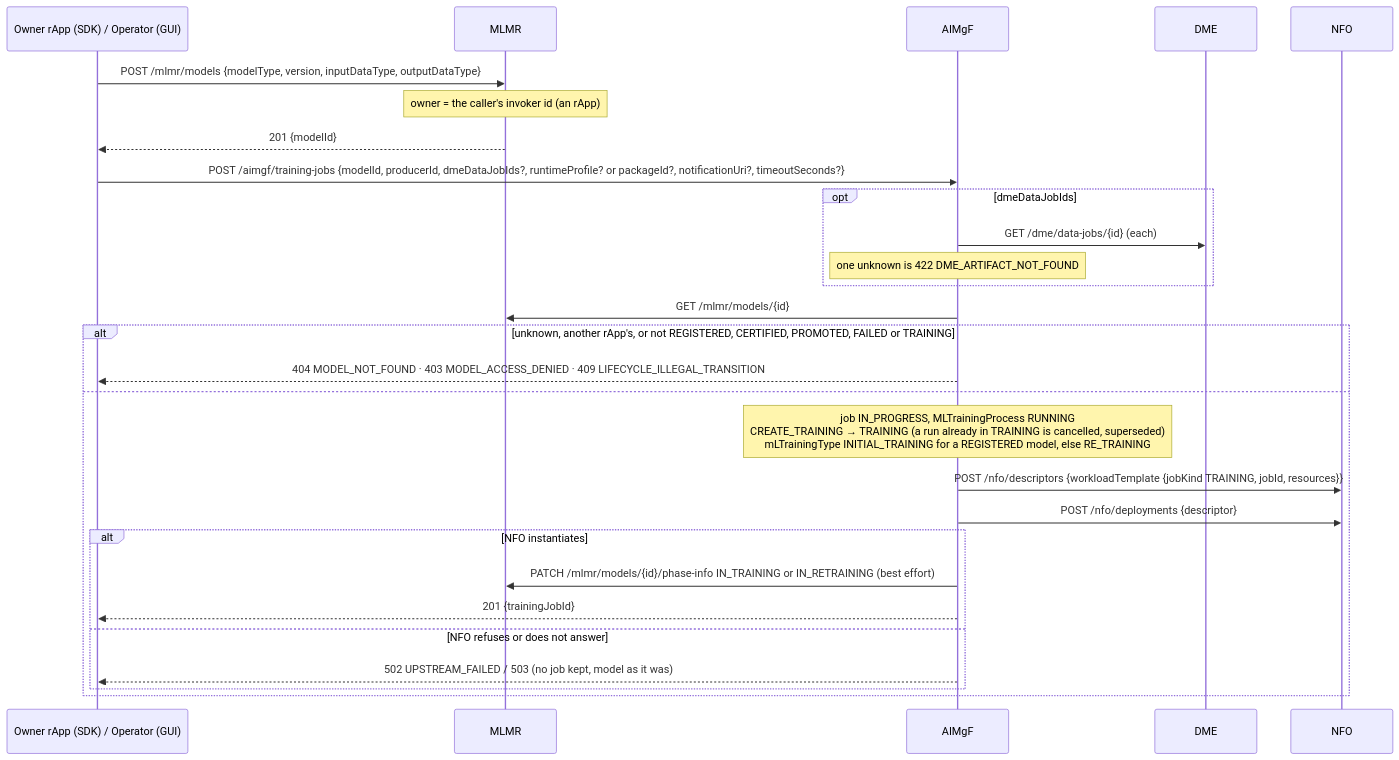
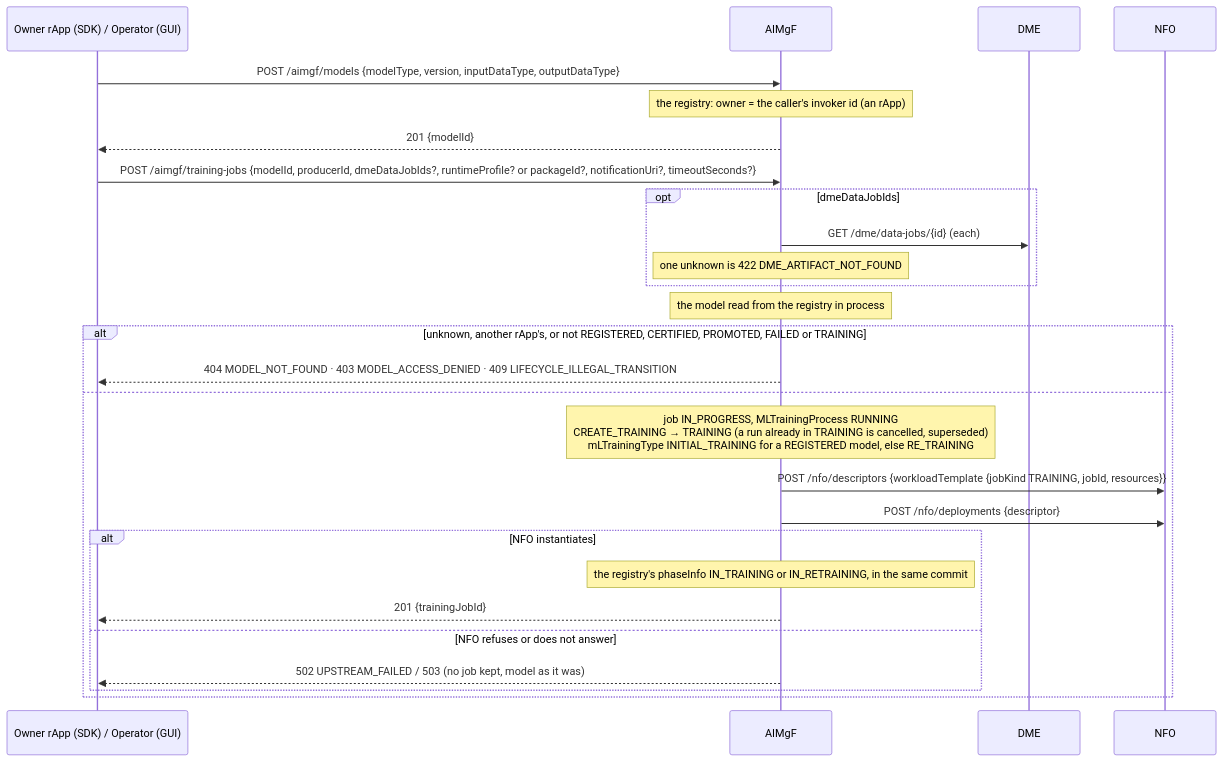
One commit to rsys-bshankar/ai-ran-smo changed the first of 7 diagrams in smo/docs/call-flows/02-aiml-model-train-to-inference.md. Above: the diagram before and after it, drawn with Mermaid. The commit also changed other lines of this file and 265 other files, not shown here.

First line of the commit message:
Every caller on /aimgf; MLMR and MLLF removed (S2.4, S2.8, S2.9) (#569)

````diff
--- a/smo/docs/call-flows/02-aiml-model-train-to-inference.md
+++ b/smo/docs/call-flows/02-aiml-model-train-to-inference.md
@@ -62,32 +61,31 @@
 ```mermaid
 sequenceDiagram
     participant R as Owner rApp (SDK) / Operator (GUI)
-    participant MLMR as MLMR
     participant AIM as AIMgF
     participant DME as DME
     participant NFO as NFO
 
-    R->>MLMR: POST /mlmr/models {modelType, version, inputDataType, outputDataType}
-    Note over MLMR: owner = the caller's invoker id (an rApp)
-    MLMR-->>R: 201 {modelId}
+    R->>AIM: POST /aimgf/models {modelType, version, inputDataType, outputDataType}
+    Note over AIM: the registry: owner = the caller's invoker id (an rApp)
+    AIM-->>R: 201 {modelId}
 
     R->>AIM: POST /aimgf/training-jobs {modelId, producerId, dmeDataJobIds?, runtimeProfile? or packageId?, notificationUri?, timeoutSeconds?}
     opt dmeDataJobIds
         AIM->>DME: GET /dme/data-jobs/{id} (each)
         Note over AIM: one unknown is 422 DME_ARTIFACT_NOT_FOUND
     end
-    AIM->>MLMR: GET /mlmr/models/{id}
+    Note over AIM: the model read from the registry in process
     alt unknown, another rApp's, or not REGISTERED, CERTIFIED, PROMOTED, FAILED or TRAINING
         AIM-->>R: 404 MODEL_NOT_FOUND · 403 MODEL_ACCESS_DENIED · 409 LIFECYCLE_ILLEGAL_TRANSITION
     else
         Note over AIM: job IN_PROGRESS, MLTrainingProcess RUNNING<br/>CREATE_TRAINING → TRAINING (a run already in TRAINING is cancelled, superseded)<br/>mLTrainingType INITIAL_TRAINING for a REGISTERED model, else RE_TRAINING
         AIM->>NFO: POST /nfo/descriptors {workloadTemplate {jobKind TRAINING, jobId, resources}}
         AIM->>NFO: POST /nfo/deployments {descriptor}
         alt NFO instantiates
-            AIM->>MLMR: PATCH /mlmr/models/{id}/phase-info IN_TRAINING or IN_RETRAINING (best effort)
+            Note over AIM: the registry's phaseInfo IN_TRAINING or IN_RETRAINING, in the same commit
             AIM-->>R: 201 {trainingJobId}
         else NFO refuses or does not answer
             AIM-->>R: 502 UPSTREAM_FAILED / 503 (no job kept, model as it was)
         end
     end
 ```
````
